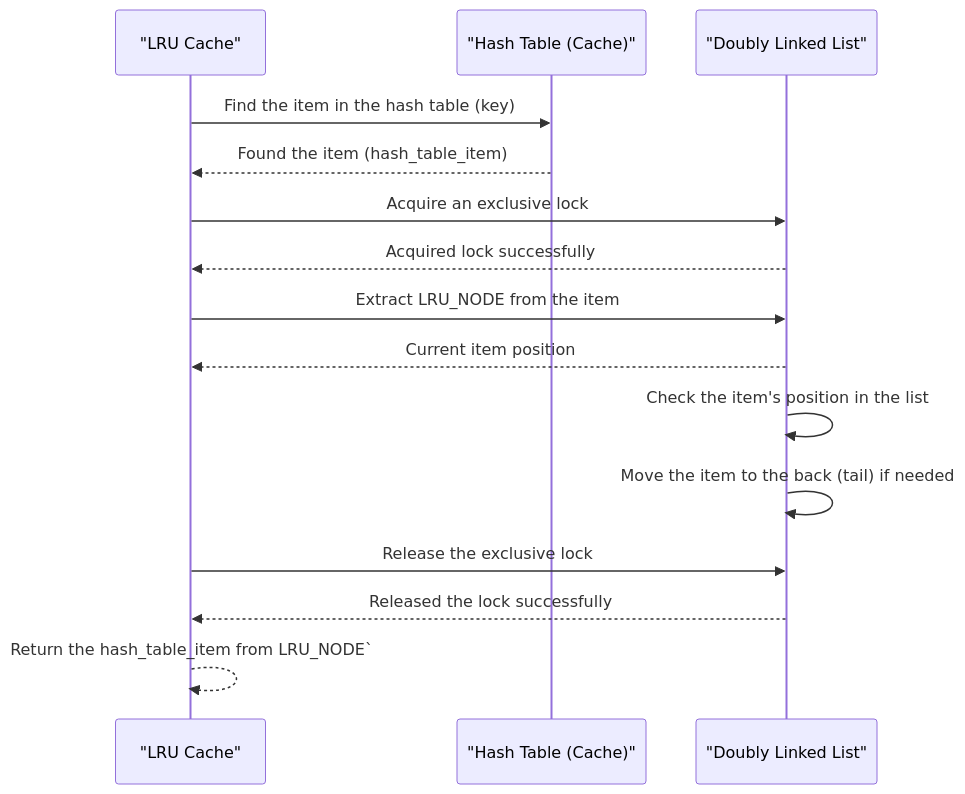
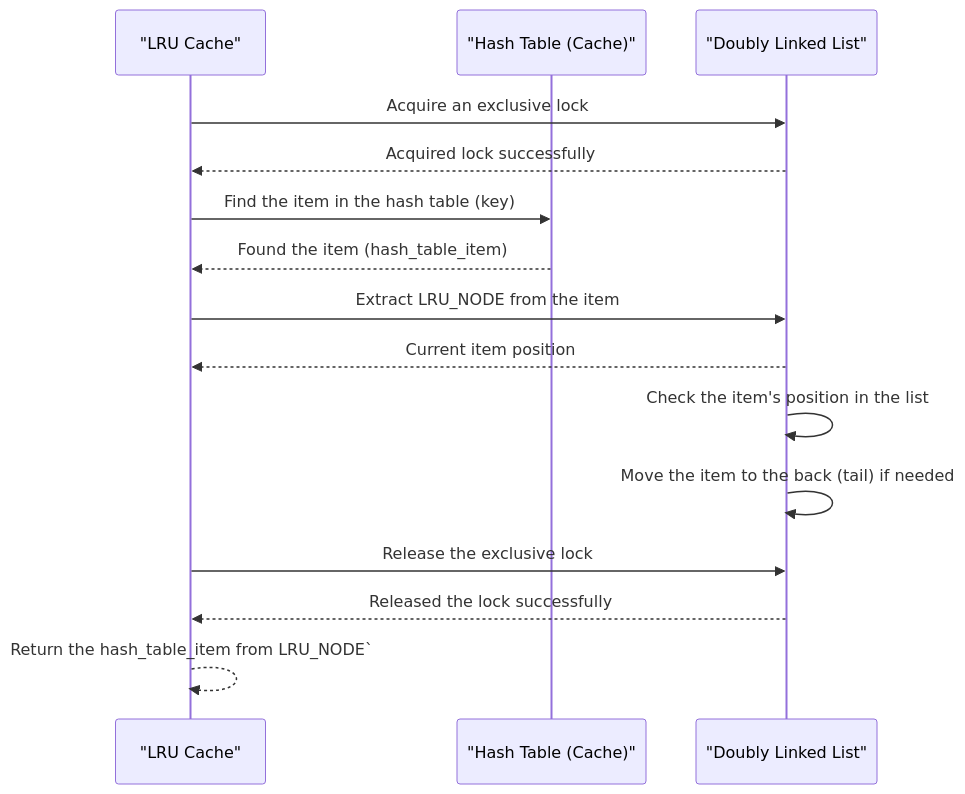
One commit to Azure/clds changed the third of 3 diagrams in devdoc/lru_cache_design.md. Above: the diagram before and after it, drawn with Mermaid. The commit also changed other lines of this file and 5 other files, not shown here.

````diff
--- a/devdoc/lru_cache_design.md
+++ b/devdoc/lru_cache_design.md
@@ -124,17 +129,17 @@
 ```mermaid
 sequenceDiagram
     participant Cache as "LRU Cache"
     participant HashTable as "Hash Table (Cache)"
     participant LRUList as "Doubly Linked List"    
+    Cache ->> LRUList: Acquire an exclusive lock
+    LRUList -->> Cache: Acquired lock successfully
     Cache ->> HashTable: Find the item in the hash table (key)
     HashTable -->> Cache: Found the item (hash_table_item)
-    Cache ->> LRUList: Acquire an exclusive lock
-    LRUList -->> Cache: Acquired lock successfully
     Cache ->> LRUList: Extract LRU_NODE from the item
     LRUList -->> Cache: Current item position
     LRUList ->> LRUList: Check the item's position in the list
     LRUList ->> LRUList: Move the item to the back (tail) if needed
     Cache ->> LRUList: Release the exclusive lock
     LRUList -->> Cache: Released the lock successfully
     Cache -->> Cache: Return the hash_table_item from LRU_NODE` 
 ```
````
